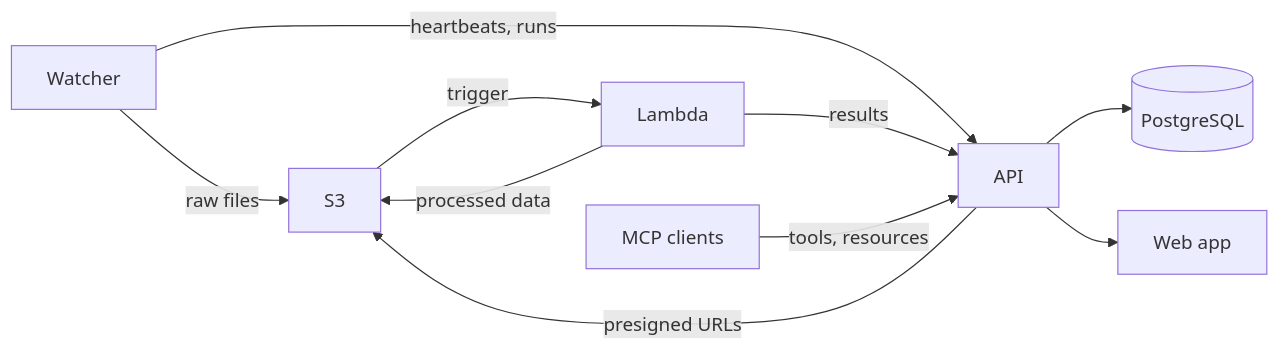
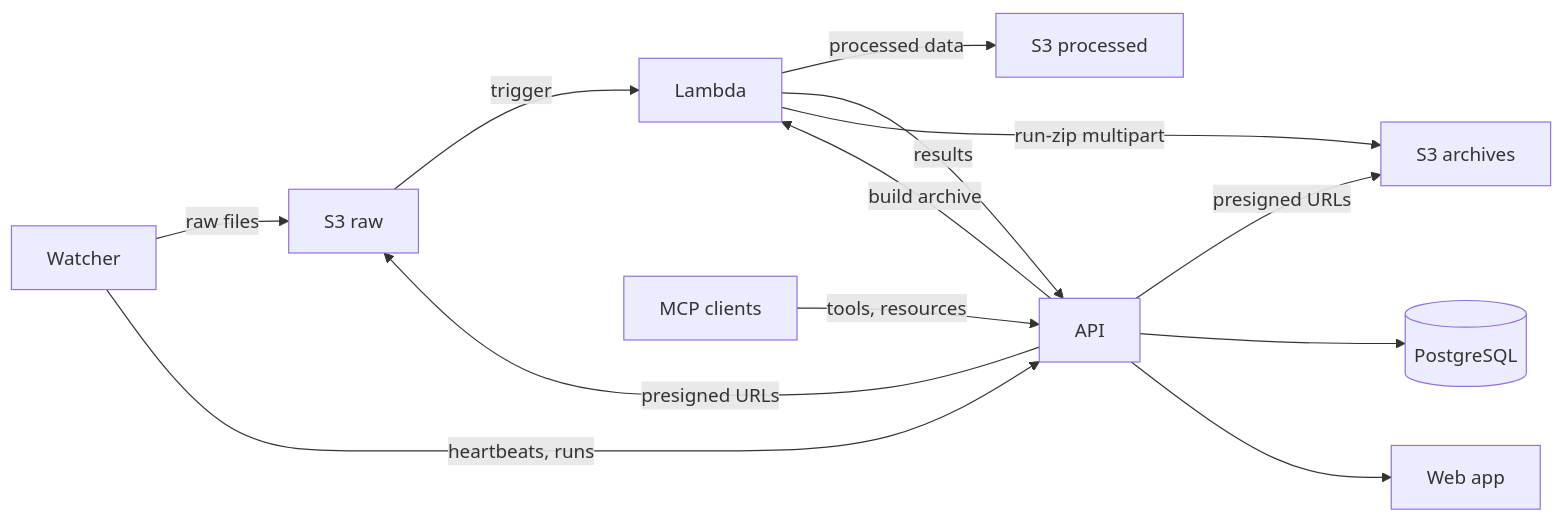
One commit to Arcadia-Science/data-hub changed the diagram in docs/architecture.md. Above: the diagram before and after it, drawn with Mermaid. The commit also changed other lines of this file and 39 other files, not shown here.

First line of the commit message:
Web app: Build run-archive zips in Lambda and serve them from S3 (#50)

````diff
--- a/docs/architecture.md
+++ b/docs/architecture.md
@@ -7,12 +7,15 @@
 ```mermaid
 flowchart LR
-    W[Watcher] -->|raw files| S3[S3]
+    W[Watcher] -->|raw files| S3[S3 raw]
     S3 -->|trigger| L[Lambda]
     W -->|heartbeats, runs| API[API]
-    L -->|processed data| S3
+    L -->|processed data| Sproc[S3 processed]
     L -->|results| API
+    L -->|run-zip multipart| Sarc[S3 archives]
     API -->|presigned URLs| S3
+    API -->|presigned URLs| Sarc
+    API -->|build archive| L
     API --> DB[(PostgreSQL)]
     API --> UI[Web app]
     MCP[MCP clients] -->|tools, resources| API
 ```
````
